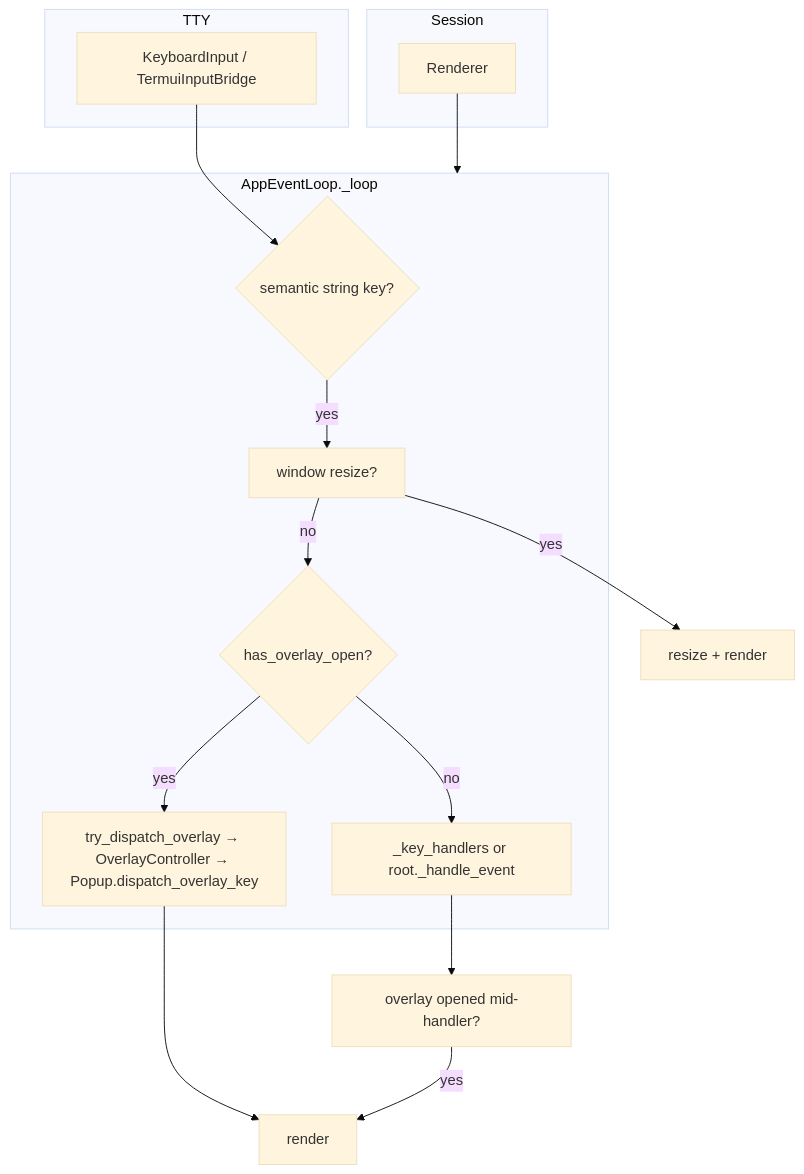
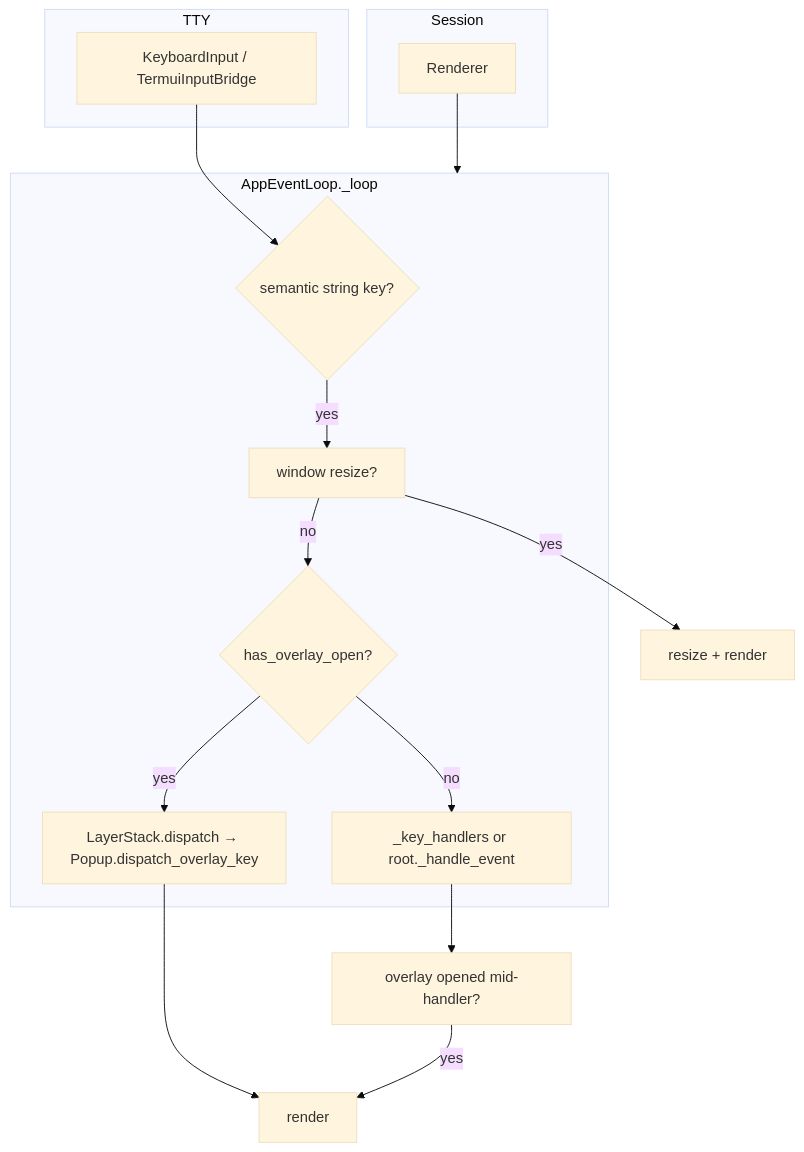
Before and after one commit to zlj-zz/pigit: the diagram in pigit/termui/README.md, drawn with Mermaid (base theme). The commit also changed other lines of this file and 10 other files, not shown here.

````diff
--- a/pigit/termui/README.md
+++ b/pigit/termui/README.md
@@ -14,26 +14,26 @@
 ```mermaid
 flowchart TB
     subgraph tty["TTY"]
         KB[KeyboardInput / TermuiInputBridge]
     end
     subgraph session["Session"]
         R[Renderer]
     end
     subgraph loop["AppEventLoop._loop"]
         D{semantic string key?}
         RS["window resize?"]
         OV{has_overlay_open?}
-        OVR[try_dispatch_overlay → OverlayController → Popup.dispatch_overlay_key]
+        OVR[LayerStack.dispatch → Popup.dispatch_overlay_key]
         APP[_key_handlers or root._handle_event]
     end
     KB --> D
     D -->|yes| RS
     RS -->|yes| resize[resize + render]
     RS -->|no| OV
     OV -->|yes| OVR
     OV -->|no| APP
     OVR --> render1[render]
     APP --> maybe[overlay opened mid-handler?]
     maybe -->|yes| render1
     R --> loop
 ```
````
